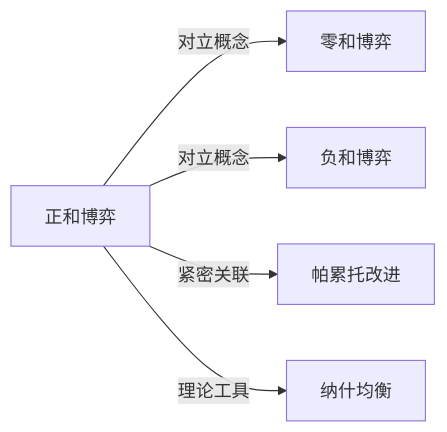
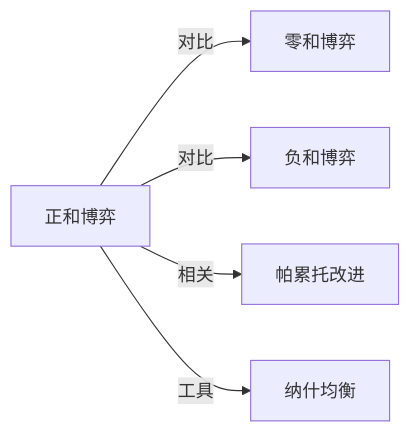
Before and after one commit to KIMMCHOW/MyKnowledge: the diagram in Knowledge/Concepts/经济/正和博弈.md, drawn with Mermaid. The commit also changed 95 other files, not shown here.

Commit message:
reorganize: 统一关系图边标签为11类

````diff
--- a/Knowledge/Concepts/经济/正和博弈.md
+++ b/Knowledge/Concepts/经济/正和博弈.md
@@ -45,7 +45,7 @@
 ```mermaid
 graph LR
-正和博弈 -->|对立概念| 零和博弈
-正和博弈 -->|对立概念| 负和博弈
-正和博弈 -->|紧密关联| 帕累托改进
-正和博弈 -->|理论工具| 纳什均衡
+正和博弈 -->|对比| 零和博弈
+正和博弈 -->|对比| 负和博弈
+正和博弈 -->|相关| 帕累托改进
+正和博弈 -->|工具| 纳什均衡
 ```
````
